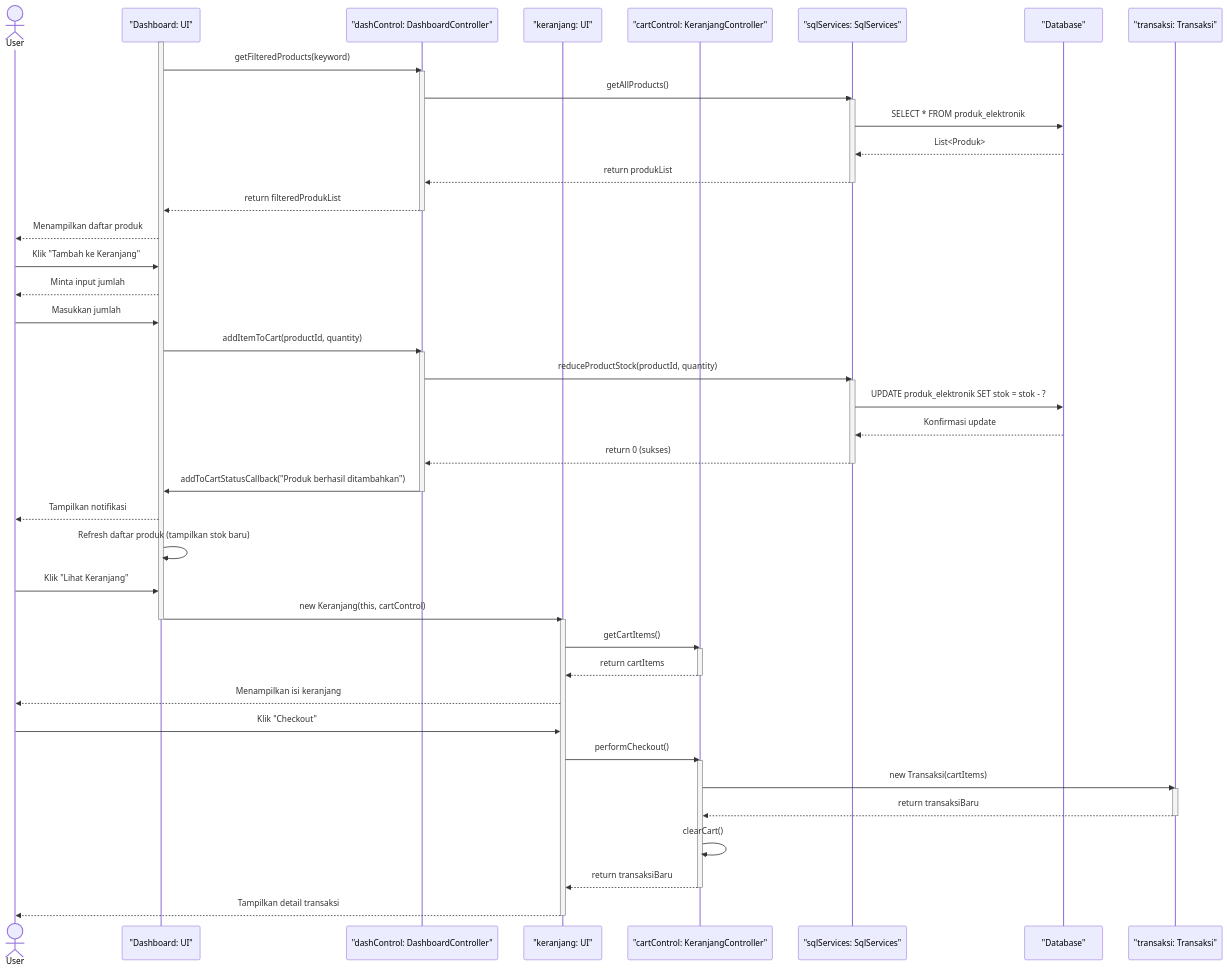
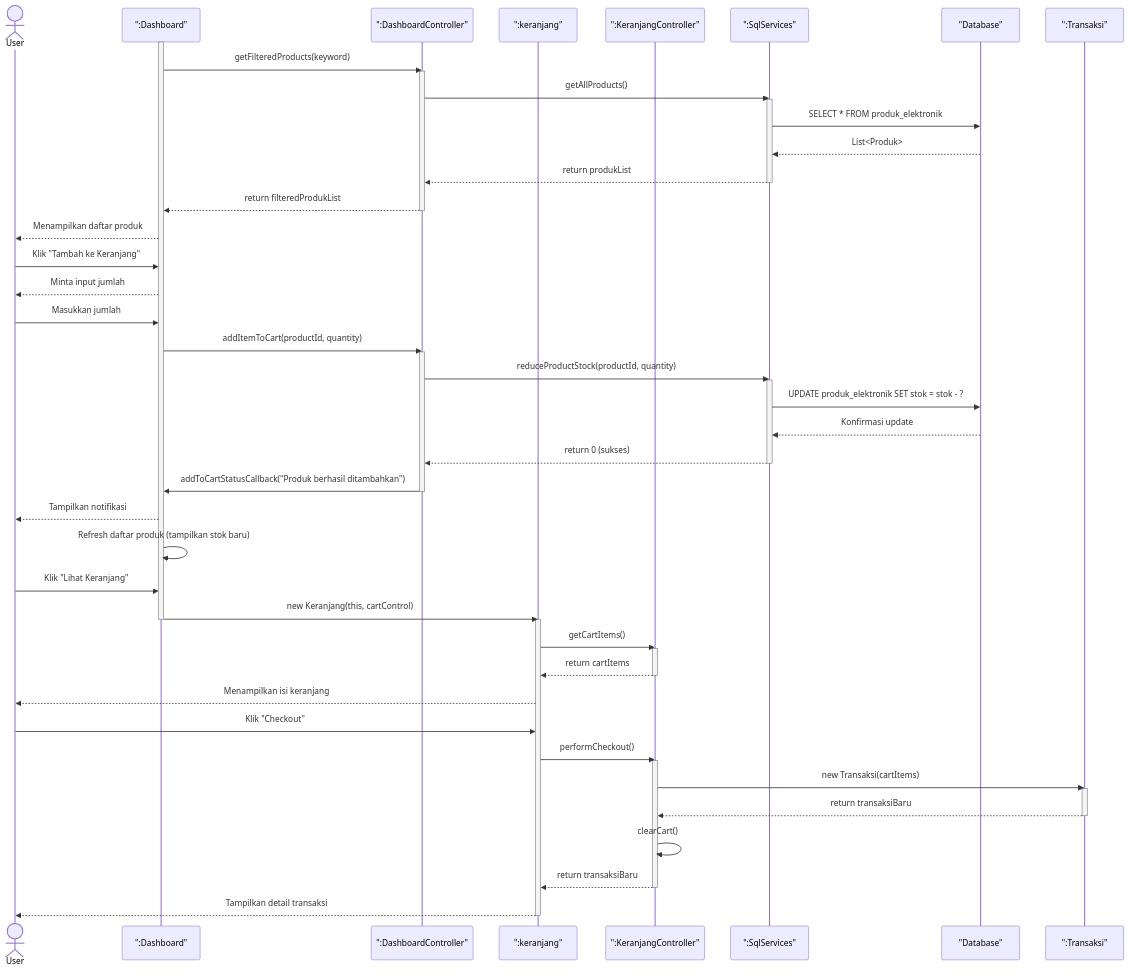
One commit to Doctor3131/PBO_TUBES changed the second of 2 diagrams in README.md. Above: the diagram before and after it, drawn with Mermaid. The commit also changed other lines of this file and 3 other files, not shown here.

````diff
--- a/README.md
+++ b/README.md
@@ -90,65 +91,65 @@
 ```mermaid
 sequenceDiagram
     actor User
-    participant DashboardUI as "Dashboard: UI"
-    participant DashboardController as "dashControl: DashboardController"
-    participant KeranjangUI as "keranjang: UI"
-    participant KeranjangController as "cartControl: KeranjangController"
-    participant SQL as "sqlServices: SqlServices"
+    participant DashboardUI as ":Dashboard"
+    participant DashboardController as ":DashboardController"
+    participant KeranjangUI as ":keranjang"
+    participant KeranjangController as ":KeranjangController"
+    participant SQL as ":SqlServices"
     participant DB as "Database"
-    participant Transaksi as "transaksi: Transaksi"
+    participant Transaksi as ":Transaksi"
 
     activate DashboardUI
     DashboardUI->>DashboardController: getFilteredProducts(keyword)
     activate DashboardController
     DashboardController->>SQL: getAllProducts()
     activate SQL
     SQL->>DB: SELECT * FROM produk_elektronik
     DB-->>SQL: List<Produk>
     SQL-->>DashboardController: return produkList
     deactivate SQL
     DashboardController-->>DashboardUI: return filteredProdukList
     deactivate DashboardController
     DashboardUI-->>User: Menampilkan daftar produk
 
     User->>DashboardUI: Klik "Tambah ke Keranjang"
     DashboardUI-->>User: Minta input jumlah
     User->>DashboardUI: Masukkan jumlah
 
     DashboardUI->>DashboardController: addItemToCart(productId, quantity)
     activate DashboardController
     DashboardController->>SQL: reduceProductStock(productId, quantity)
     activate SQL
     SQL->>DB: UPDATE produk_elektronik SET stok = stok - ?
     DB-->>SQL: Konfirmasi update
     SQL-->>DashboardController: return 0 (sukses)
     deactivate SQL
     DashboardController->>DashboardUI: addToCartStatusCallback("Produk berhasil ditambahkan")
     deactivate DashboardController
     DashboardUI-->>User: Tampilkan notifikasi
     DashboardUI->>DashboardUI: Refresh daftar produk (tampilkan stok baru)
 
     User->>DashboardUI: Klik "Lihat Keranjang"
     DashboardUI->>KeranjangUI: new Keranjang(this, cartControl)
     deactivate DashboardUI
     activate KeranjangUI
     KeranjangUI->>KeranjangController: getCartItems()
     activate KeranjangController
     KeranjangController-->>KeranjangUI: return cartItems
     deactivate KeranjangController
     KeranjangUI-->>User: Menampilkan isi keranjang
     
     User->>KeranjangUI: Klik "Checkout"
     KeranjangUI->>KeranjangController: performCheckout()
     activate KeranjangController
     KeranjangController->>Transaksi: new Transaksi(cartItems)
     activate Transaksi
     Transaksi-->>KeranjangController: return transaksiBaru
     deactivate Transaksi
     KeranjangController->>KeranjangController: clearCart()
     KeranjangController-->>KeranjangUI: return transaksiBaru
     deactivate KeranjangController
     
     KeranjangUI-->>User: Tampilkan detail transaksi
     deactivate KeranjangUI
 ```
````
